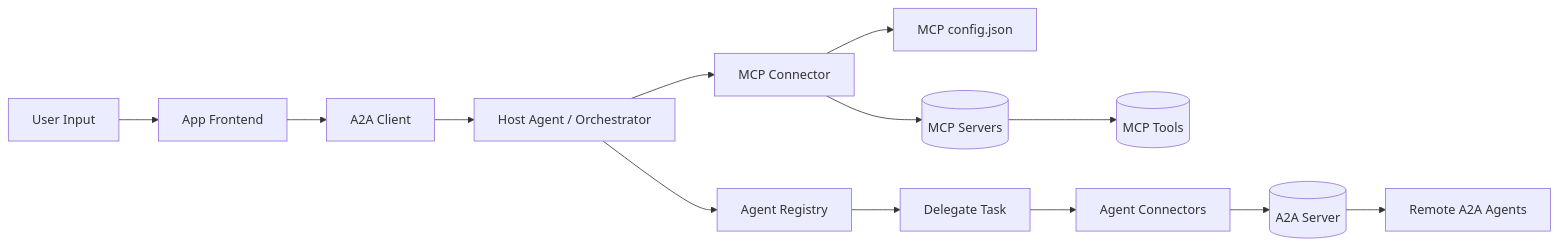
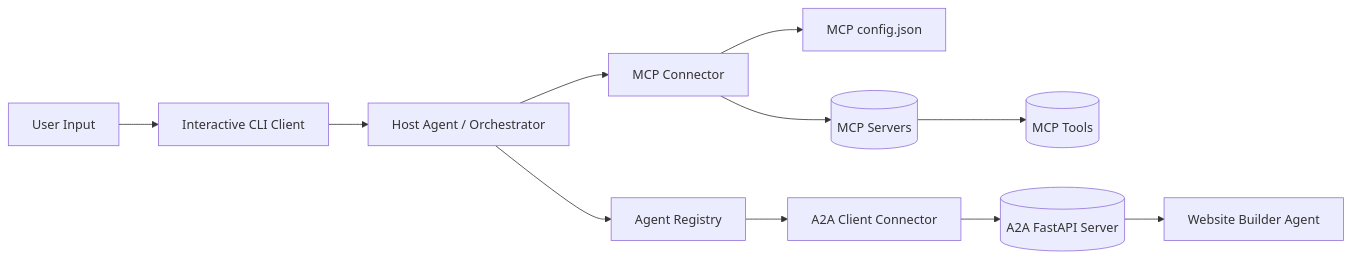
One commit to Saad-Dev13/Multi_Agent_Orchestration_with_MCP_and_A2A changed the diagram in README.md. Above: the diagram before and after it, drawn with Mermaid. The commit also changed other lines of this file and 23 other files, not shown here.

````diff
--- a/README.md
+++ b/README.md
@@ -17,18 +11,15 @@
 ```mermaid
 flowchart LR
-	User[User Input] --> Frontend[App Frontend]
-	Frontend --> A2AClient[A2A Client]
-	A2AClient --> Host[Host Agent / Orchestrator]
+    User[User Input] --> CLI[Interactive CLI Client]
+    CLI --> Host[Host Agent / Orchestrator]
 
-	Host --> MCPConnector[MCP Connector]
-	MCPConnector --> MCPConfig[MCP config.json]
-	MCPConnector --> MCPServers[(MCP Servers)]
+    Host --> MCPConnector[MCP Connector]
+    MCPConnector --> MCPConfig[MCP config.json]
+    MCPConnector --> MCPServers[(MCP Servers)]
+    MCPServers --> MCPTools[(MCP Tools)]
 
-	Host --> AgentRegistry[Agent Registry]
-	AgentRegistry --> Delegate[Delegate Task]
-	Delegate --> AgentConnectors[Agent Connectors]
-	AgentConnectors --> A2AServer[(A2A Server)]
-	A2AServer --> RemoteAgents[Remote A2A Agents]
-
-	MCPServers --> Tools[(MCP Tools)]
+    Host --> AgentRegistry[Agent Registry]
+    AgentRegistry --> A2AClient[A2A Client Connector]
+    A2AClient --> A2AServer[(A2A FastAPI Server)]
+    A2AServer --> WebsiteBuilder[Website Builder Agent]
 ```
````
